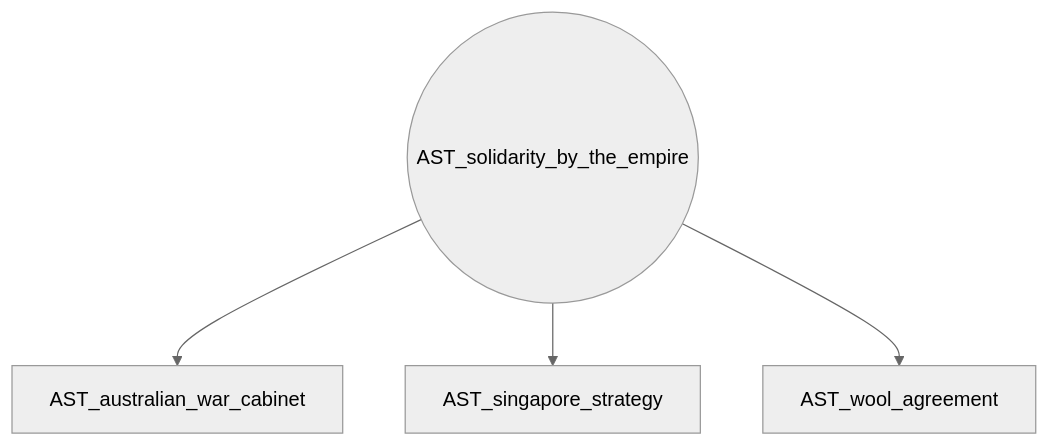
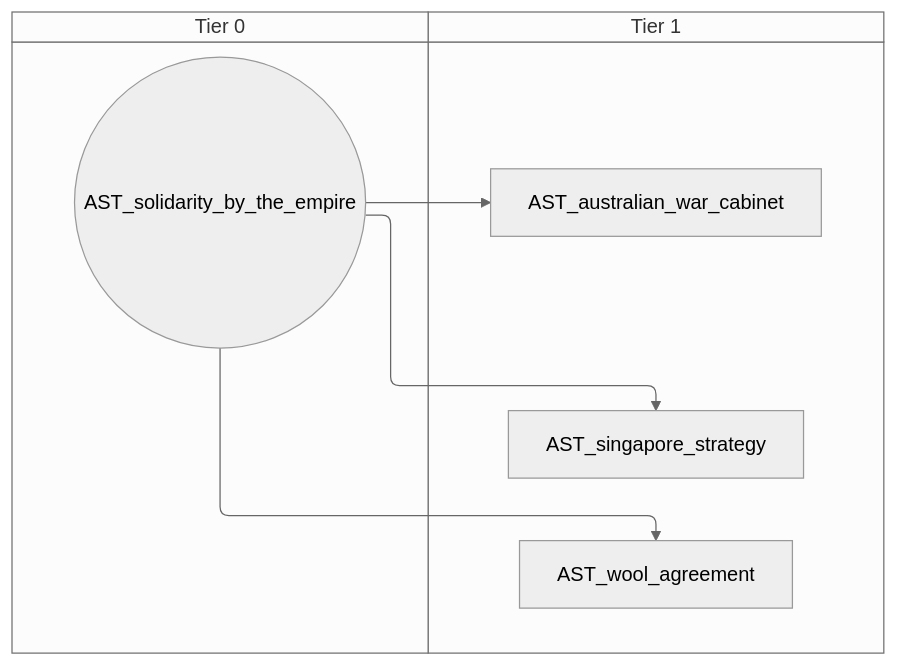
Before and after one commit to evgeny-sobol/hoi4-sandbox-mode: diagram 12 of 15 in docs/gdd/National Focuses/australia_taog.md, drawn with Mermaid (neutral theme). The commit also changed other lines of this file and 80 other files, not shown here.

First line of the commit message:
Add swimlane mode to focus graph exporter

````diff
--- a/docs/gdd/National Focuses/australia_taog.md
+++ b/docs/gdd/National Focuses/australia_taog.md
@@ -610,10 +726,14 @@
 ```mermaid
-flowchart TD
-    n212["AST_australian_war_cabinet"]
-    n213["AST_singapore_strategy"]
-    n214(("AST_solidarity_by_the_empire"))
-    n215["AST_wool_agreement"]
-    n214 --> n212
-    n214 --> n213
-    n214 --> n215
+swimlane-beta TD
+    subgraph tier_0["Tier 0"]
+        n212(("AST_solidarity_by_the_empire"))
+    end
+    subgraph tier_1["Tier 1"]
+        n213["AST_australian_war_cabinet"]
+        n214["AST_singapore_strategy"]
+        n215["AST_wool_agreement"]
+    end
+    n212 --> n213
+    n212 --> n214
+    n212 --> n215
 ```
````
